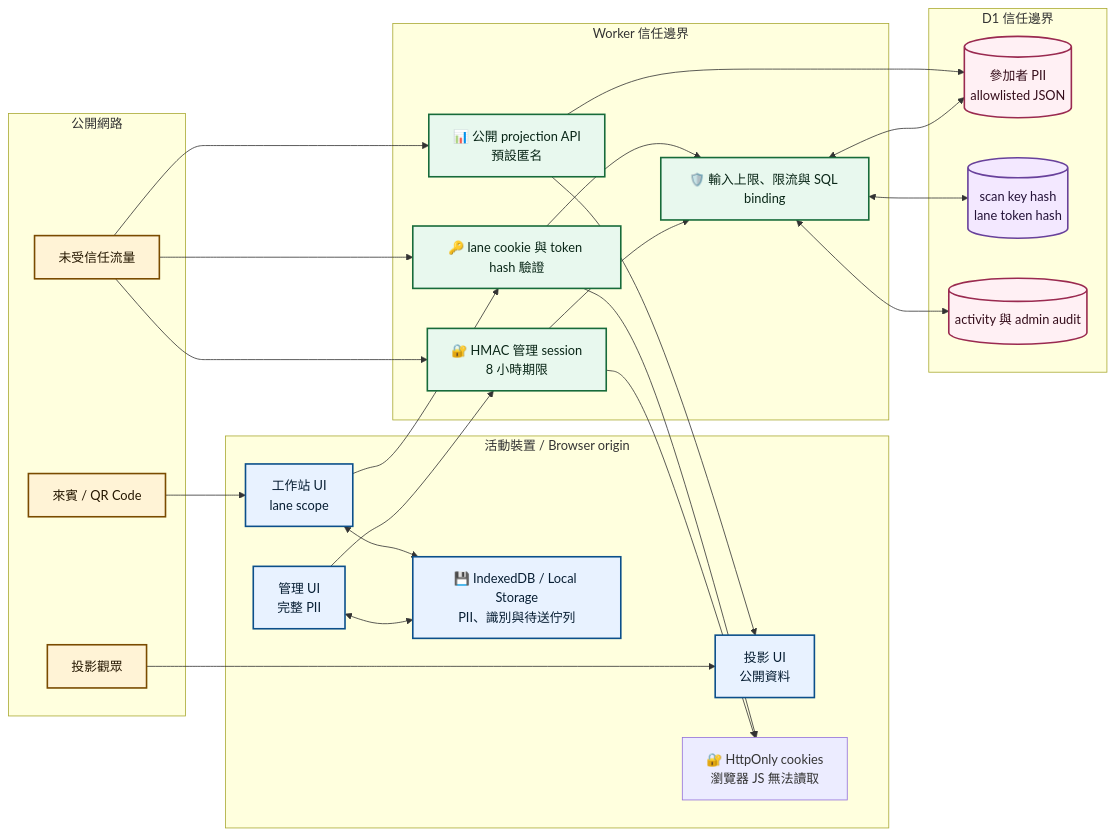
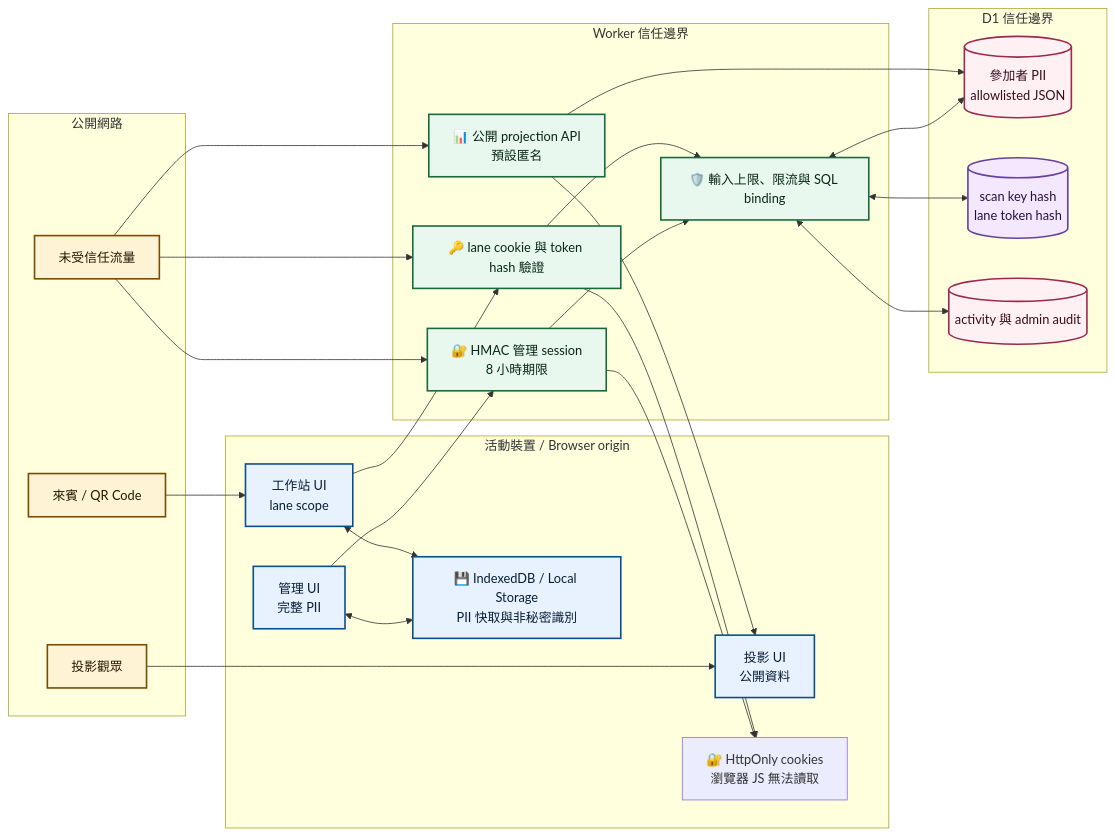
One commit to hlb/checkin-pod changed the diagram in docs/diagrams/architecture_04_flowchart_trust_boundaries.mmd. Above: the diagram before and after it, drawn with Mermaid. The commit also changed 19 other files, not shown here.

```diff
--- a/docs/diagrams/architecture_04_flowchart_trust_boundaries.mmd
+++ b/docs/diagrams/architecture_04_flowchart_trust_boundaries.mmd
@@ -1,58 +1,58 @@
 flowchart LR
     subgraph PUBLIC["公開網路"]
         VIEWER["投影觀眾"]
         GUEST["來賓 / QR Code"]
         ATTACKER["未受信任流量"]
     end
 
     subgraph DEVICE["活動裝置 / Browser origin"]
         ADMIN_UI["管理 UI<br/>完整 PII"]
         LANE_UI["工作站 UI<br/>lane scope"]
         PROJECTION_UI["投影 UI<br/>公開資料"]
-        STORAGE["💾 IndexedDB / Local Storage<br/>PII、識別與待送佇列"]
+        STORAGE["💾 IndexedDB / Local Storage<br/>PII 快取與非秘密識別"]
         COOKIES["🔐 HttpOnly cookies<br/>瀏覽器 JS 無法讀取"]
     end
 
     subgraph EDGE["Worker 信任邊界"]
         AUTH["🔐 HMAC 管理 session<br/>8 小時期限"]
         LANE_AUTH["🔑 lane cookie 與 token hash 驗證"]
         VALIDATE["🛡️ 輸入上限、限流與 SQL binding"]
         PUBLIC_API["📊 公開 projection API<br/>預設匿名"]
     end
 
     subgraph DATA["D1 信任邊界"]
         PII[("參加者 PII<br/>allowlisted JSON")]
         HASH[("scan key hash<br/>lane token hash")]
         LOG[("activity 與 admin audit")]
     end
 
     VIEWER --> PROJECTION_UI
     GUEST --> LANE_UI
     ATTACKER --> AUTH
     ATTACKER --> LANE_AUTH
     ATTACKER --> PUBLIC_API
     ADMIN_UI <--> STORAGE
     LANE_UI <--> STORAGE
     AUTH --> COOKIES
     LANE_AUTH --> COOKIES
     ADMIN_UI --> AUTH
     LANE_UI --> LANE_AUTH
     AUTH --> VALIDATE
     LANE_AUTH --> VALIDATE
     VALIDATE <--> PII
     VALIDATE <--> HASH
     VALIDATE <--> LOG
     PUBLIC_API --> PII
     PUBLIC_API --> PROJECTION_UI
 
     classDef untrusted fill:#FFF3D6,stroke:#7A4B00,stroke-width:2px,color:#251700
     classDef browser fill:#E8F2FF,stroke:#0B4F8A,stroke-width:2px,color:#071E33
     classDef control fill:#E8F8EE,stroke:#176B3A,stroke-width:2px,color:#092617
     classDef sensitive fill:#FFF0F4,stroke:#9A2A50,stroke-width:2px,color:#350D1B
     classDef secret fill:#F3E8FF,stroke:#68419B,stroke-width:2px,color:#241238
 
     class VIEWER,GUEST,ATTACKER untrusted
     class ADMIN_UI,LANE_UI,PROJECTION_UI,STORAGE browser
     class AUTH,LANE_AUTH,VALIDATE,PUBLIC_API control
     class PII,LOG sensitive
     class HASH secret
```
